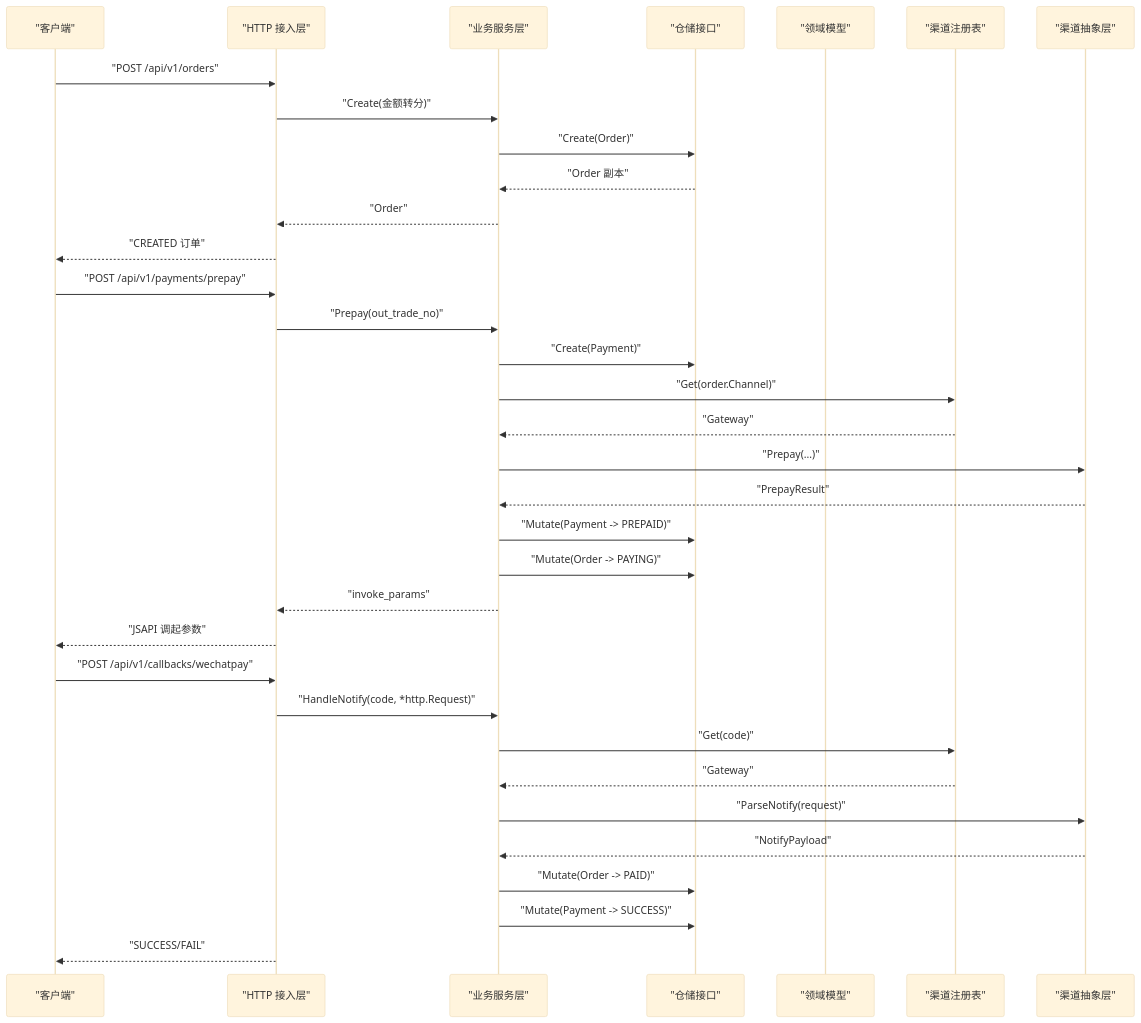
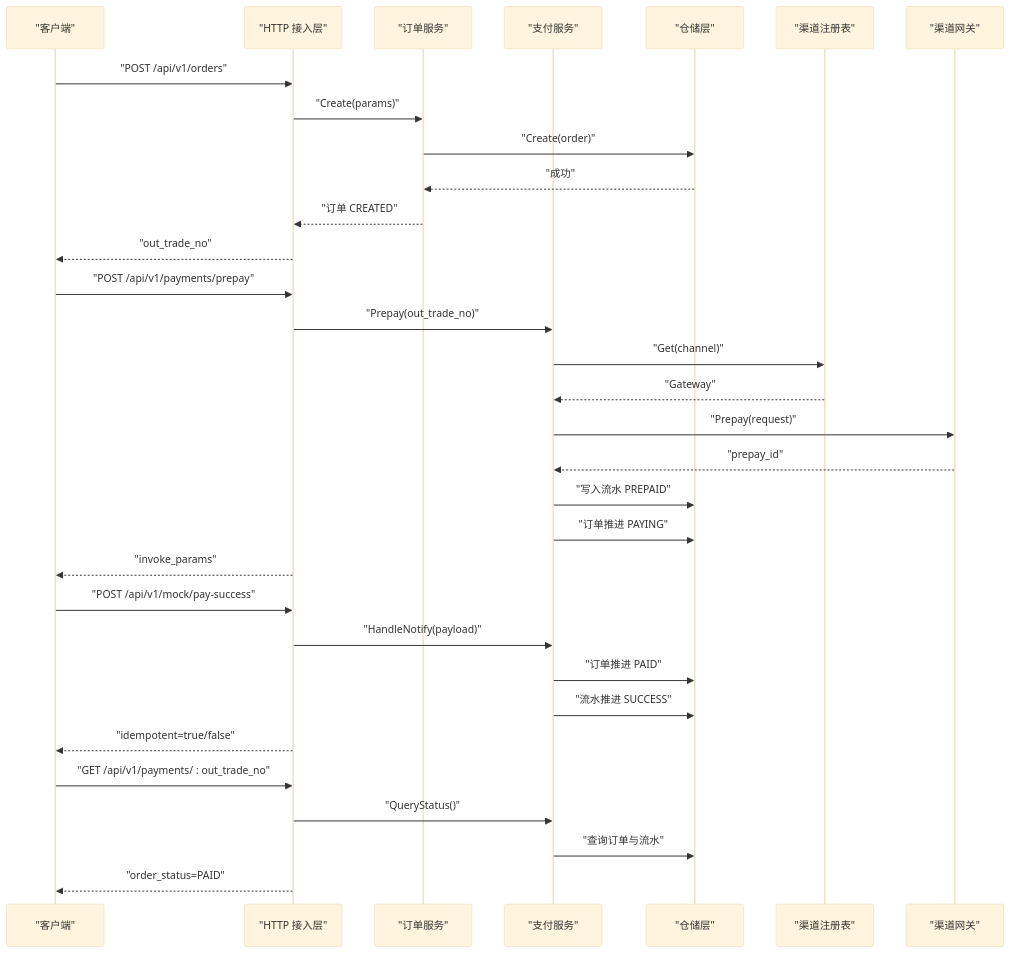
One commit to gbtdesign/payment changed the second of 6 diagrams in .qoder/repowiki/zh/content/项目概述.md. Above: the diagram before and after it, drawn with Mermaid (base theme). The commit also changed other lines of this file and 107 other files, not shown here.

````diff
--- a/.qoder/repowiki/zh/content/项目概述.md
+++ b/.qoder/repowiki/zh/content/项目概述.md
@@ -157,36 +113,34 @@
 ```mermaid
 sequenceDiagram
 participant Client as "客户端"
 participant Handler as "HTTP 接入层"
-participant Service as "业务服务层"
-participant Repo as "仓储接口"
-participant Model as "领域模型"
+participant OrderSvc as "订单服务"
+participant PaymentSvc as "支付服务"
+participant Repo as "仓储层"
 participant Registry as "渠道注册表"
-participant Gateway as "渠道抽象层"
+participant Gateway as "渠道网关"
 Client->>Handler : "POST /api/v1/orders"
-Handler->>Service : "Create(金额转分)"
-Service->>Repo : "Create(Order)"
-Repo-->>Service : "Order 副本"
-Service-->>Handler : "Order"
-Handler-->>Client : "CREATED 订单"
+Handler->>OrderSvc : "Create(params)"
+OrderSvc->>Repo : "Create(order)"
+Repo-->>OrderSvc : "成功"
+OrderSvc-->>Handler : "订单 CREATED"
+Handler-->>Client : "out_trade_no"
 Client->>Handler : "POST /api/v1/payments/prepay"
-Handler->>Service : "Prepay(out_trade_no)"
-Service->>Repo : "Create(Payment)"
-Service->>Registry : "Get(order.Channel)"
-Registry-->>Service : "Gateway"
-Service->>Gateway : "Prepay(...)"
-Gateway-->>Service : "PrepayResult"
-Service->>Repo : "Mutate(Payment -> PREPAID)"
-Service->>Repo : "Mutate(Order -> PAYING)"
-Service-->>Handler : "invoke_params"
-Handler-->>Client : "JSAPI 调起参数"
-Client->>Handler : "POST /api/v1/callbacks/wechatpay"
-Handler->>Service : "HandleNotify(code, *http.Request)"
-Service->>Registry : "Get(code)"
-Registry-->>Service : "Gateway"
-Service->>Gateway : "ParseNotify(request)"
-Gateway-->>Service : "NotifyPayload"
-Service->>Repo : "Mutate(Order -> PAID)"
-Service->>Repo : "Mutate(Payment -> SUCCESS)"
-Handler-->>Client : "SUCCESS/FAIL"
+Handler->>PaymentSvc : "Prepay(out_trade_no)"
+PaymentSvc->>Registry : "Get(channel)"
+Registry-->>PaymentSvc : "Gateway"
+PaymentSvc->>Gateway : "Prepay(request)"
+Gateway-->>PaymentSvc : "prepay_id"
+PaymentSvc->>Repo : "写入流水 PREPAID"
+PaymentSvc->>Repo : "订单推进 PAYING"
+Handler-->>Client : "invoke_params"
+Client->>Handler : "POST /api/v1/mock/pay-success"
+Handler->>PaymentSvc : "HandleNotify(payload)"
+PaymentSvc->>Repo : "订单推进 PAID"
+PaymentSvc->>Repo : "流水推进 SUCCESS"
+Handler-->>Client : "idempotent=true/false"
+Client->>Handler : "GET /api/v1/payments/ : out_trade_no"
+Handler->>PaymentSvc : "QueryStatus()"
+PaymentSvc->>Repo : "查询订单与流水"
+Handler-->>Client : "order_status=PAID"
 ```
````
